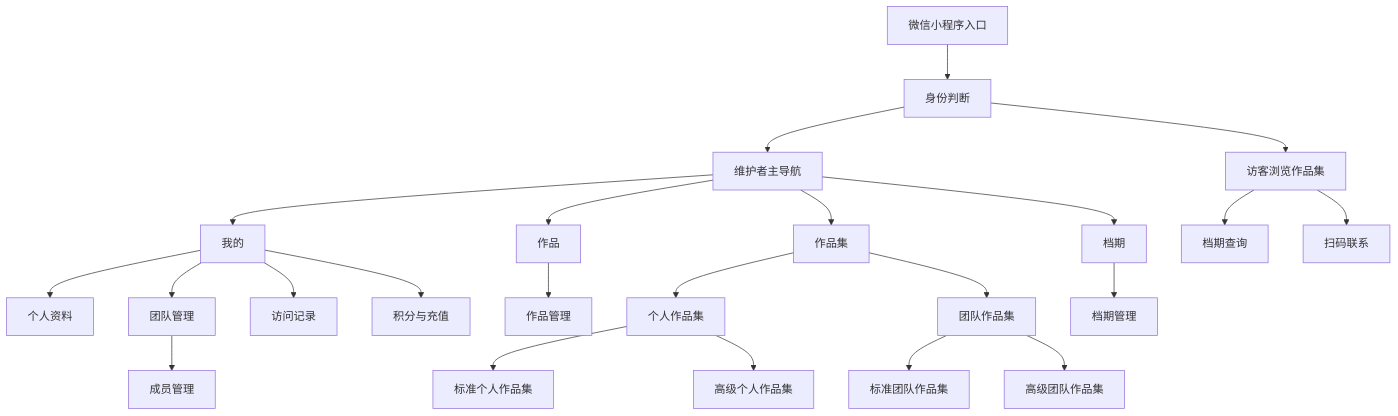
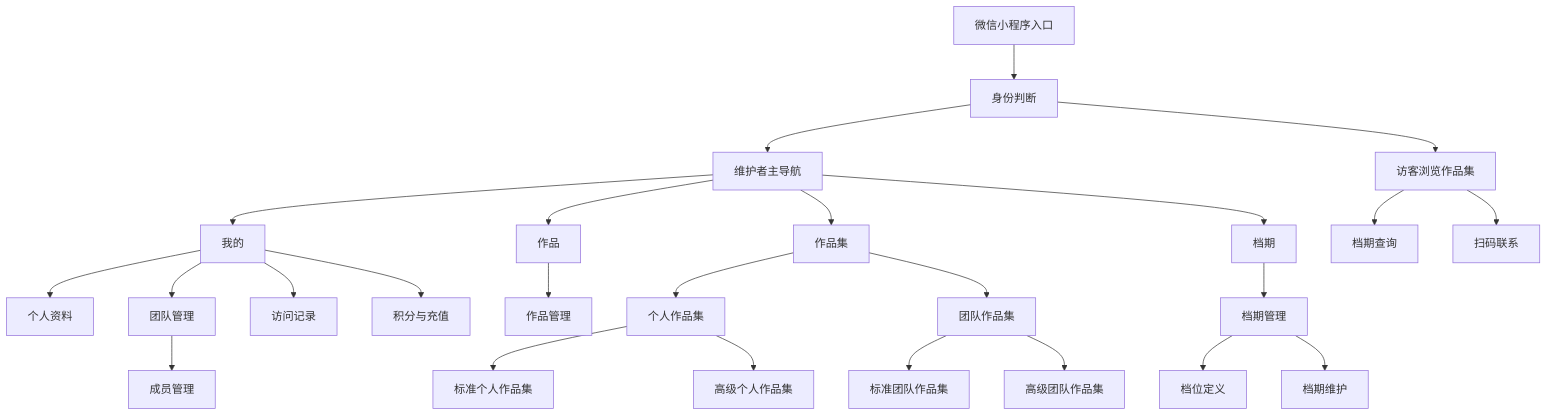
One commit to GodMime/WeFolio changed the diagram in docs/PRD.md. Above: the diagram before and after it, drawn with Mermaid. The commit also changed other lines of this file and 1 other file, not shown here.

````diff
--- a/docs/PRD.md
+++ b/docs/PRD.md
@@ -238,25 +240,27 @@
 ```mermaid
 flowchart TD
   A["微信小程序入口"] --> B["身份判断"]
   B --> C["访客浏览作品集"]
   B --> D["维护者主导航"]
   D --> D1["我的"]
   D --> D2["作品"]
   D --> D3["作品集"]
   D --> D4["档期"]
   D1 --> E["个人资料"]
   D1 --> I["团队管理"]
   D1 --> J["访问记录"]
   D1 --> M["积分与充值"]
   D2 --> F["作品管理"]
   D3 --> H["个人作品集"]
   D3 --> I2["团队作品集"]
   D4 --> G["档期管理"]
+  G --> G1["档位定义"]
+  G --> G2["档期维护"]
   H --> H1["标准个人作品集"]
   H --> H2["高级个人作品集"]
   I --> I1["成员管理"]
   I2 --> I21["标准团队作品集"]
   I2 --> I22["高级团队作品集"]
   C --> K["档期查询"]
   C --> L["扫码联系"]
 ```
````
